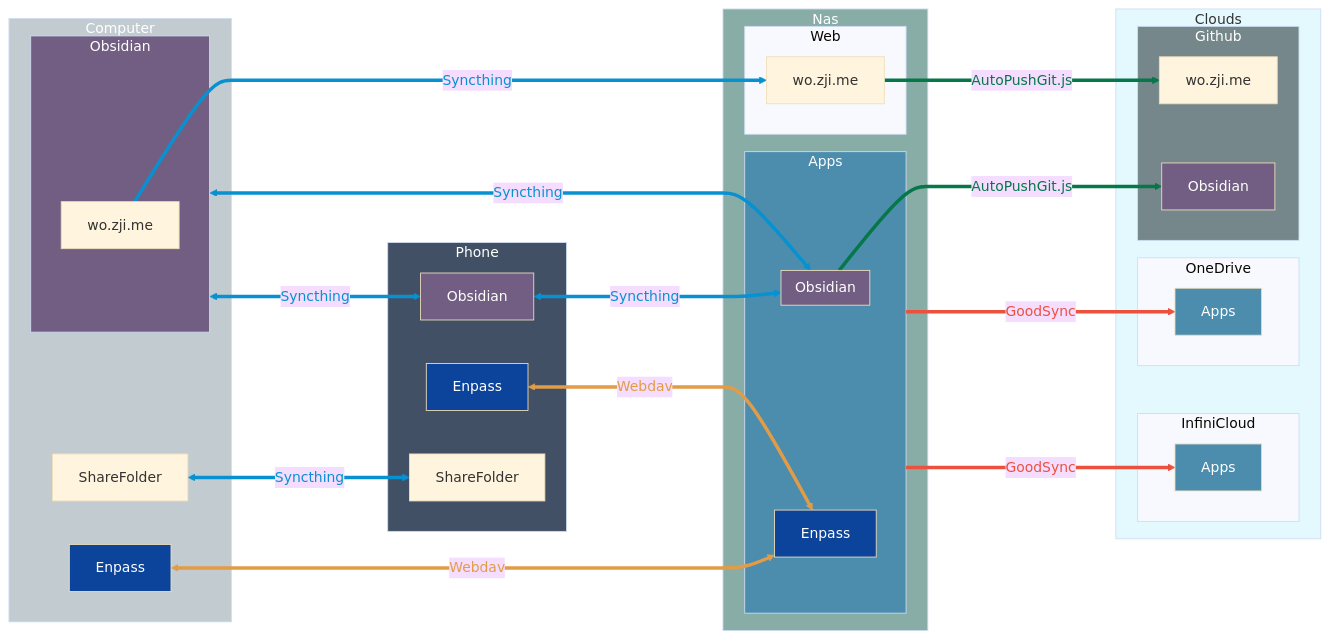
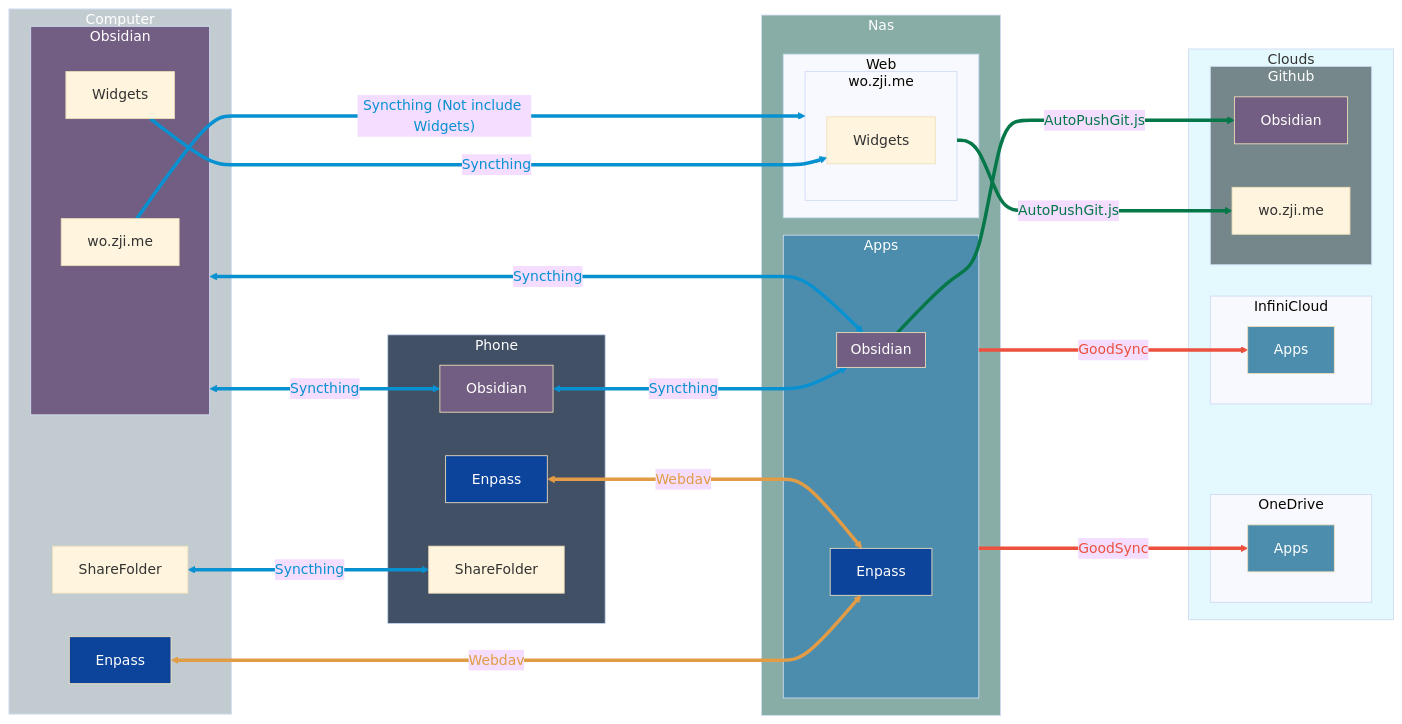
Before and after one commit to dmscode/wo.zji.me: the diagram in Workflow/FileSync.md, drawn with Mermaid (base theme). The commit also changed other lines of this file and 4 other files, not shown here.

```diff
--- a/Workflow/FileSync.md
+++ b/Workflow/FileSync.md
@@ -6,6 +10,7 @@
 subgraph NoteBook[Computer]
   subgraph NotObs[Obsidian]
     NotZJI[wo.zji.me]
+    NotWid[Widgets]
   end
   NotShare[ShareFolder]
   NotEnpass[Enpass]
@@ -18,7 +23,9 @@
     NasEnpass[Enpass]
   end
   subgraph Web[Web]
-    NasZJI[wo.zji.me]
+    subgraph NasZJI[wo.zji.me]
+      NasWid[Widgets]
+    end
   end
 end
 %% Clouds
@@ -47,7 +54,7 @@
 
 NotShare <--->|Syncthing| PhoShare
 
-NotZJI --->|Syncthing| NasZJI
+NotZJI --->|"Syncthing (Not include Widgets)"| NasZJI
 
 NasZJI --->|AutoPushGit.js| GitZJI
 NasObs --->|AutoPushGit.js| GitObs
@@ -57,6 +64,8 @@
 
 NasApps --->|GoodSync| OneApps
 NasApps --->|GoodSync| InfApps
+
+NotWid --->|Syncthing| NasWid
 
 %% 节点样式
 style NoteBook fill:#c2ccd0,color:#FFF
@@ -84,6 +93,7 @@
 linkStyle 2 stroke:#0891d1,stroke-width:4px,color:#0891d1
 linkStyle 3 stroke:#0891d1,stroke-width:4px,color:#0891d1
 linkStyle 4 stroke:#0891d1,stroke-width:4px,color:#0891d1
+linkStyle 11 stroke:#0891d1,stroke-width:4px,color:#0891d1
 
 %% AutoPushGit.js 线条
 linkStyle 5 stroke:#057748,stroke-width:4px,color:#057748
```
